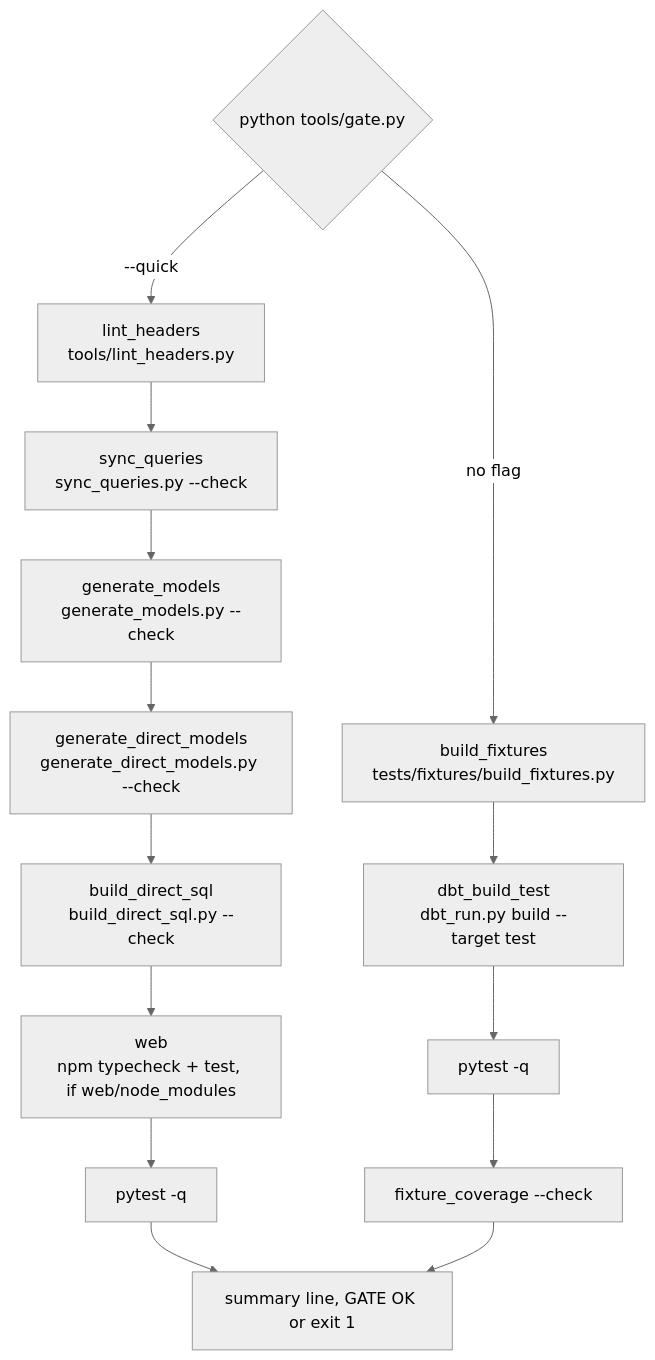
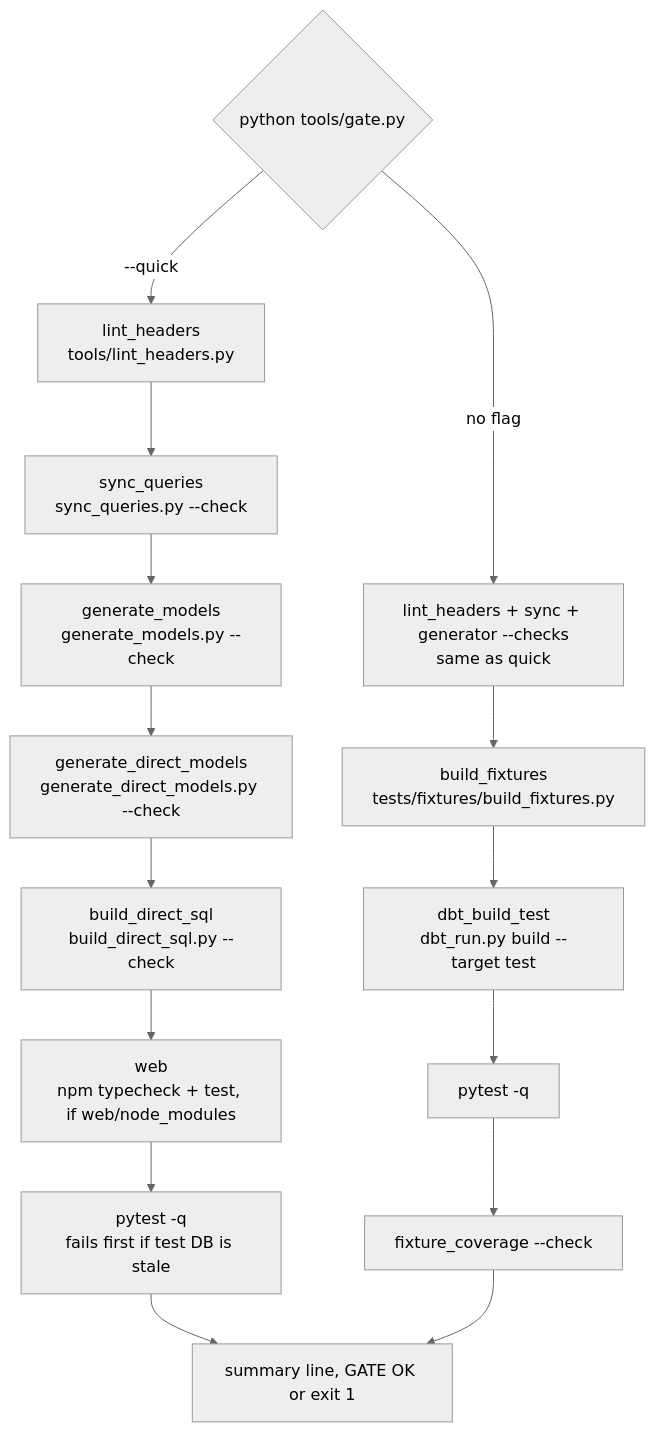
One commit to darshanmeel/databricks-audit-app changed the diagram in databricks-audit-app-knowledge-graph/processes/gate.md. Above: the diagram before and after it, drawn with Mermaid (neutral theme). The commit also changed other lines of this file and 94 other files, not shown here.

First line of the commit message:
Graph and technical doc updated for the review fixes: 8,352 nodes and 23,453 edges

````diff
--- a/databricks-audit-app-knowledge-graph/processes/gate.md
+++ b/databricks-audit-app-knowledge-graph/processes/gate.md
@@ -5,17 +5,18 @@
 ```mermaid
 flowchart TB
   M{python tools/gate.py}
   M -->|--quick| Q1[lint_headers<br/>tools/lint_headers.py]
   Q1 --> Q2[sync_queries<br/>sync_queries.py --check]
   Q2 --> Q3[generate_models<br/>generate_models.py --check]
   Q3 --> Q4[generate_direct_models<br/>generate_direct_models.py --check]
   Q4 --> Q5[build_direct_sql<br/>build_direct_sql.py --check]
   Q5 --> Q6[web<br/>npm typecheck + test, if web/node_modules]
-  Q6 --> Q7[pytest -q]
-  M -->|no flag| F1[build_fixtures<br/>tests/fixtures/build_fixtures.py]
+  Q6 --> Q7[pytest -q<br/>fails first if test DB is stale]
+  M -->|no flag| F0[lint_headers + sync + generator --checks<br/>same as quick]
+  F0 --> F1[build_fixtures<br/>tests/fixtures/build_fixtures.py]
   F1 --> F2[dbt_build_test<br/>dbt_run.py build --target test]
   F2 --> F3[pytest -q]
   F3 --> F4[fixture_coverage --check]
   Q7 --> S[summary line, GATE OK or exit 1]
   F4 --> S
 ```
````
